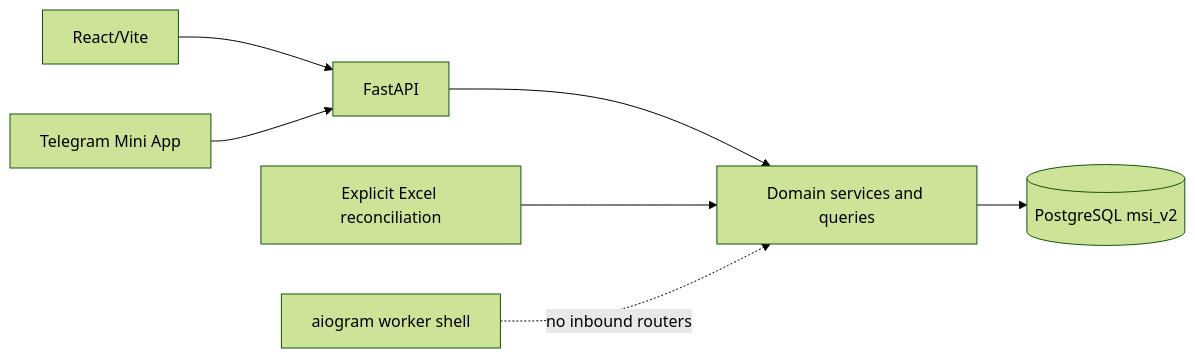
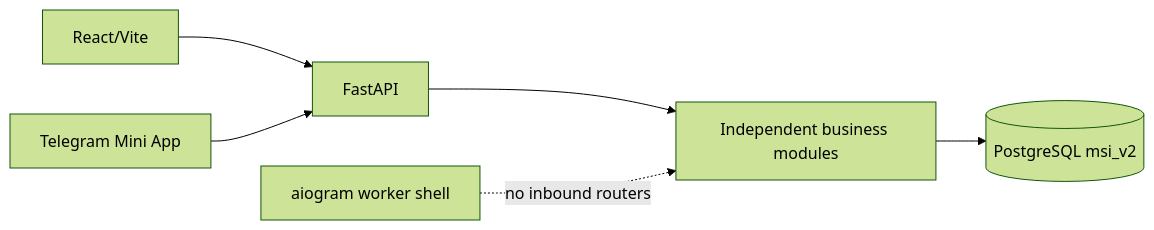
One commit to Khamid22/msischoolbot_v2 changed the diagram in docs/ENGINEERING_OVERVIEW.md. Above: the diagram before and after it, drawn with Mermaid (forest theme). The commit also changed other lines of this file and 475 other files, not shown here.

````diff
--- a/docs/ENGINEERING_OVERVIEW.md
+++ b/docs/ENGINEERING_OVERVIEW.md
@@ -9,16 +9,14 @@
 ```mermaid
 flowchart LR
     React[React/Vite]
     Telegram[Telegram Mini App]
     FastAPI[FastAPI]
-    Domains[Domain services and queries]
+    Modules[Independent business modules]
     DB[(PostgreSQL msi_v2)]
-    Import[Explicit Excel reconciliation]
     Bot[aiogram worker shell]
 
     React --> FastAPI
     Telegram --> FastAPI
-    FastAPI --> Domains --> DB
-    Import --> Domains
-    Bot -. no inbound routers .-> Domains
+    FastAPI --> Modules --> DB
+    Bot -. no inbound routers .-> Modules
 ```
````
